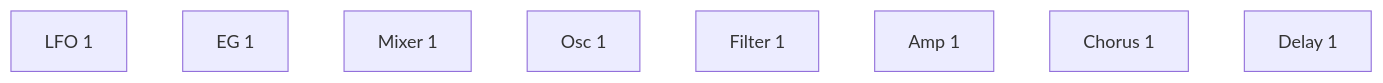
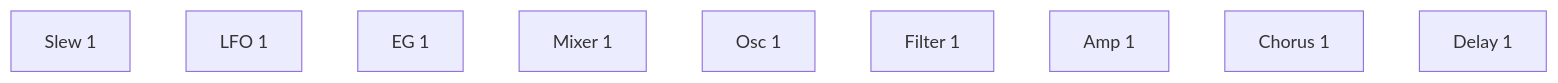
Before and after one commit to risgk/midi_synthesizer_spms1: the second of 6 diagrams in spms1_type2/README.ja.md, drawn with Mermaid. The commit also changed other lines of this file and 8 other files, not shown here.

````diff
--- a/spms1_type2/README.ja.md
+++ b/spms1_type2/README.ja.md
@@ -174,4 +181,4 @@
 ```mermaid
 flowchart LR
-  LFO[LFO 1] ~~~ EG[EG 1] ~~~ MIX1[Mixer 1] ~~~ OSC[Osc 1] ~~~ FILTER[Filter 1] ~~~ AMP[Amp 1] ~~~ CHORUS[Chorus 1] ~~~ DELAY[Delay 1]
+  SLEW[Slew 1] ~~~ LFO[LFO 1] ~~~ EG[EG 1] ~~~ MIX1[Mixer 1] ~~~ OSC[Osc 1] ~~~ FILTER[Filter 1] ~~~ AMP[Amp 1] ~~~ CHORUS[Chorus 1] ~~~ DELAY[Delay 1]
 ```
````
